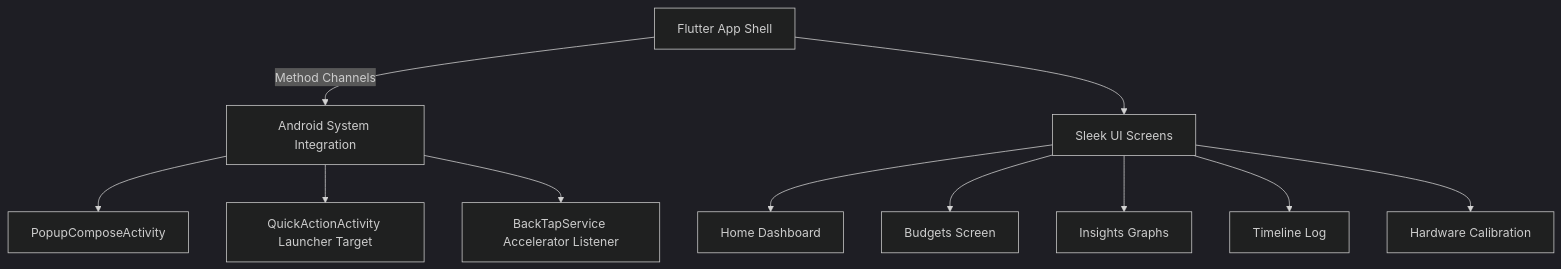
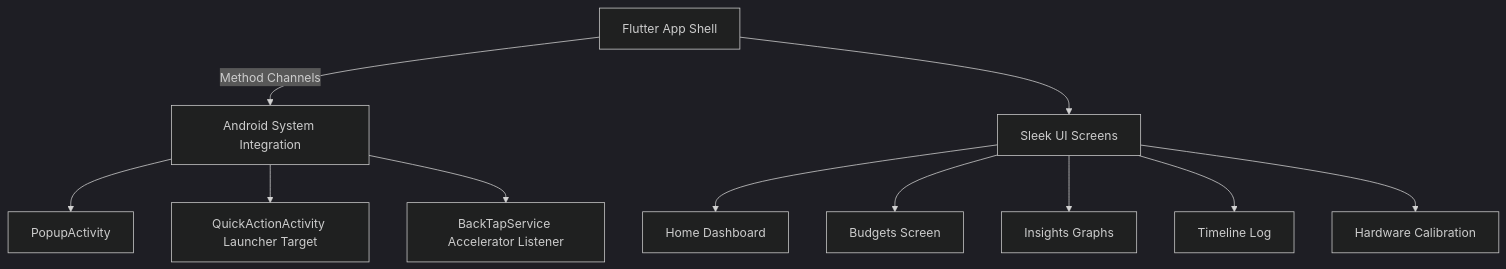
Before and after one commit to piyushram612/Tripl: the diagram in README.md, drawn with Mermaid (dark theme). The commit also changed other lines of this file, not shown here.

````diff
--- a/README.md
+++ b/README.md
@@ -32,13 +32,13 @@
 ```mermaid
 graph TD
     A[Flutter App Shell] -->|Method Channels| B[Android System Integration]
     A --> C[Sleek UI Screens]
     C --> D[Home Dashboard]
     C --> E[Budgets Screen]
     C --> F[Insights Graphs]
     C --> G[Timeline Log]
     C --> H[Hardware Calibration]
-    B --> I[PopupComposeActivity]
+    B --> I[PopupActivity]
     B --> J[QuickActionActivity Launcher Target]
     B --> K[BackTapService Accelerator Listener]
 ```
````
